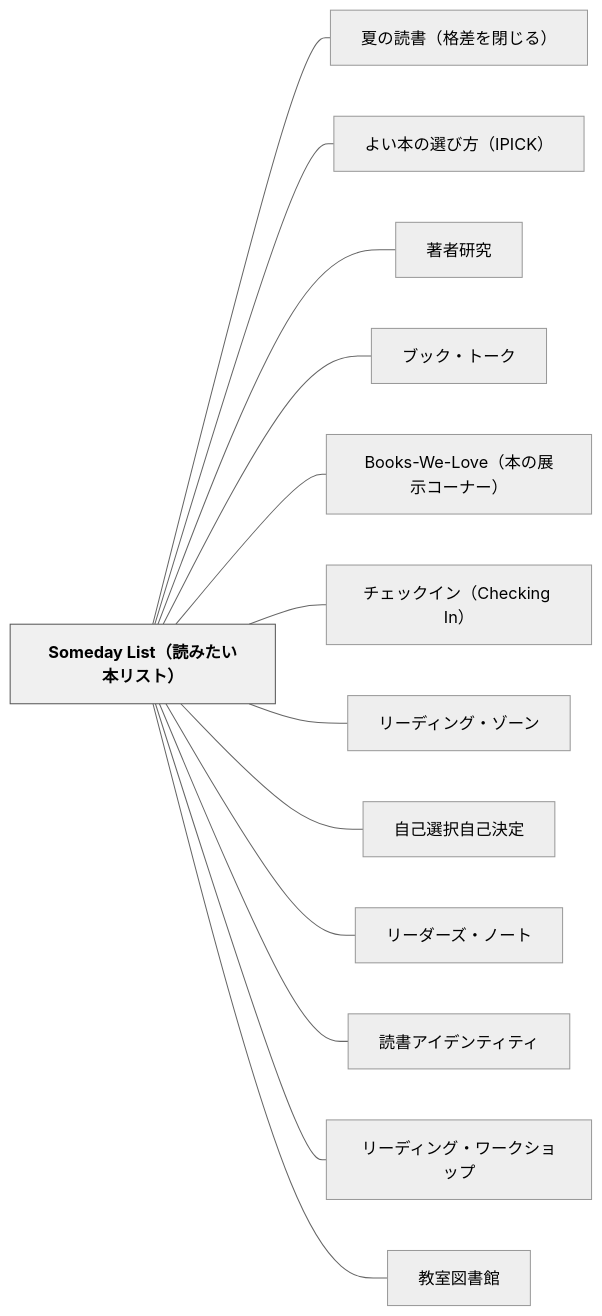
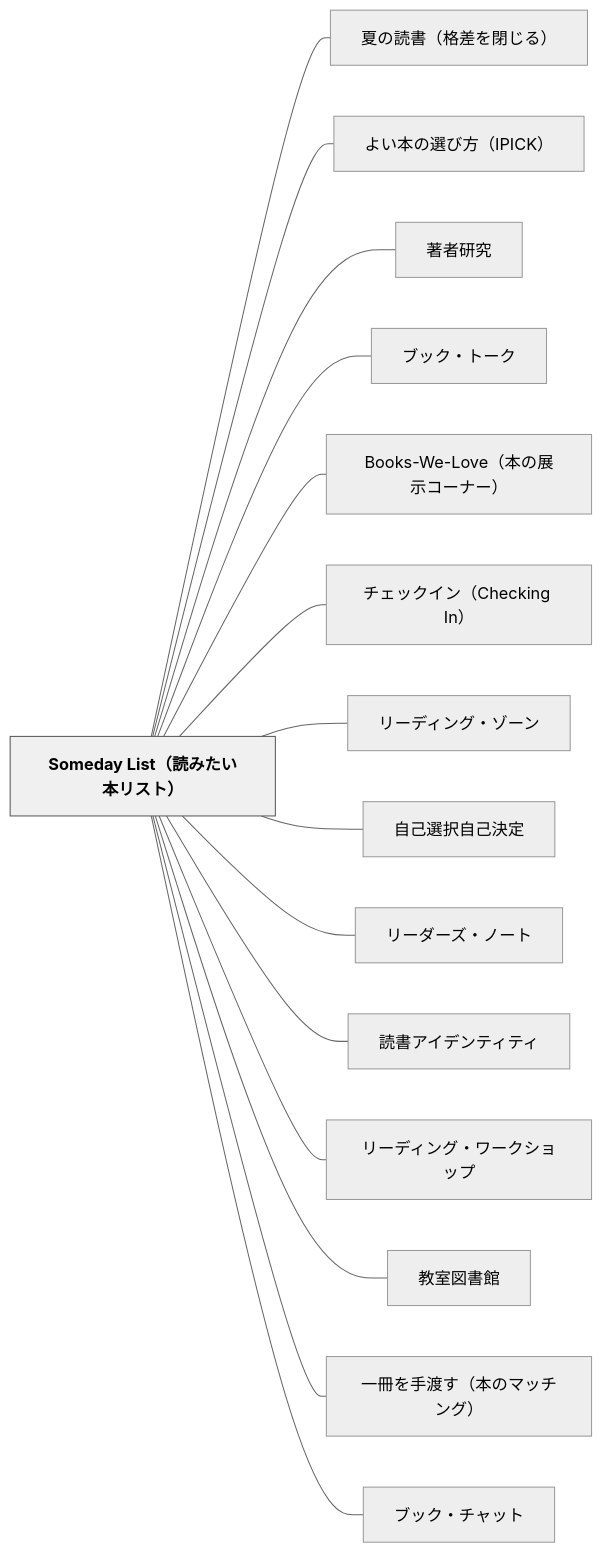
The diagram in content/パタン/Someday List（読みたい本リスト）.md (unknownthings-ed-patterns/unknownthings-ed-patterns), drawn with Mermaid (neutral theme) before and after one commit. The commit also changed other lines of this file and 15 other files, not shown here.

````diff
--- a/content/パタン/Someday List（読みたい本リスト）.md
+++ b/content/パタン/Someday List（読みたい本リスト）.md
@@ -108,32 +110,36 @@
 ```mermaid
 flowchart LR
     n536f6d65646179204c697374efbc88e8aaade381bfe3819fe38184e69cace383aae382b9e38388efbc89["Someday List（読みたい本リスト）"]
     ne5a48fe381aee8aaade69bb8efbc88e6a0bce5b7aee38292e99689e38198e3828befbc89["夏の読書（格差を閉じる）"]
     ne38288e38184e69cace381aee981b8e381b3e696b9efbc88495049434befbc89["よい本の選び方（IPICK）"]
     ne89197e88085e7a094e7a9b6["著者研究"]
     ne38396e38383e382afe383bbe38388e383bce382af["ブック・トーク"]
     n426f6f6b732d57652d4c6f7665efbc88e69cace381aee5b195e7a4bae382b3e383bce3838ae383bcefbc89["Books-We-Love（本の展示コーナー）"]
     ne38381e382a7e38383e382afe382a4e383b3efbc88436865636b696e6720496eefbc89["チェックイン（Checking In）"]
     ne383aae383bce38387e382a3e383b3e382b0e383bbe382bee383bce383b3["リーディング・ゾーン"]
     ne887aae5b7b1e981b8e68a9ee887aae5b7b1e6b1bae5ae9a["自己選択自己決定"]
     ne383aae383bce38380e383bce382bae383bbe3838ee383bce38388["リーダーズ・ノート"]
     ne8aaade69bb8e382a2e382a4e38387e383b3e38386e382a3e38386e382a3["読書アイデンティティ"]
     ne383aae383bce38387e382a3e383b3e382b0e383bbe383afe383bce382afe382b7e383a7e38383e38397["リーディング・ワークショップ"]
     ne69599e5aea4e59bb3e69bb8e9a4a8["教室図書館"]
+    ne4b880e5868ae38292e6898be6b8a1e38199efbc88e69cace381aee3839ee38383e38381e383b3e382b0efbc89["一冊を手渡す（本のマッチング）"]
+    ne38396e38383e382afe383bbe38381e383a3e38383e38388["ブック・チャット"]
 
     n536f6d65646179204c697374efbc88e8aaade381bfe3819fe38184e69cace383aae382b9e38388efbc89 --- ne5a48fe381aee8aaade69bb8efbc88e6a0bce5b7aee38292e99689e38198e3828befbc89
     n536f6d65646179204c697374efbc88e8aaade381bfe3819fe38184e69cace383aae382b9e38388efbc89 --- ne38288e38184e69cace381aee981b8e381b3e696b9efbc88495049434befbc89
     n536f6d65646179204c697374efbc88e8aaade381bfe3819fe38184e69cace383aae382b9e38388efbc89 --- ne89197e88085e7a094e7a9b6
     n536f6d65646179204c697374efbc88e8aaade381bfe3819fe38184e69cace383aae382b9e38388efbc89 --- ne38396e38383e382afe383bbe38388e383bce382af
     n536f6d65646179204c697374efbc88e8aaade381bfe3819fe38184e69cace383aae382b9e38388efbc89 --- n426f6f6b732d57652d4c6f7665efbc88e69cace381aee5b195e7a4bae382b3e383bce3838ae383bcefbc89
     n536f6d65646179204c697374efbc88e8aaade381bfe3819fe38184e69cace383aae382b9e38388efbc89 --- ne38381e382a7e38383e382afe382a4e383b3efbc88436865636b696e6720496eefbc89
     n536f6d65646179204c697374efbc88e8aaade381bfe3819fe38184e69cace383aae382b9e38388efbc89 --- ne383aae383bce38387e382a3e383b3e382b0e383bbe382bee383bce383b3
     n536f6d65646179204c697374efbc88e8aaade381bfe3819fe38184e69cace383aae382b9e38388efbc89 --- ne887aae5b7b1e981b8e68a9ee887aae5b7b1e6b1bae5ae9a
     n536f6d65646179204c697374efbc88e8aaade381bfe3819fe38184e69cace383aae382b9e38388efbc89 --- ne383aae383bce38380e383bce382bae383bbe3838ee383bce38388
     n536f6d65646179204c697374efbc88e8aaade381bfe3819fe38184e69cace383aae382b9e38388efbc89 --- ne8aaade69bb8e382a2e382a4e38387e383b3e38386e382a3e38386e382a3
     n536f6d65646179204c697374efbc88e8aaade381bfe3819fe38184e69cace383aae382b9e38388efbc89 --- ne383aae383bce38387e382a3e383b3e382b0e383bbe383afe383bce382afe382b7e383a7e38383e38397
     n536f6d65646179204c697374efbc88e8aaade381bfe3819fe38184e69cace383aae382b9e38388efbc89 --- ne69599e5aea4e59bb3e69bb8e9a4a8
+    n536f6d65646179204c697374efbc88e8aaade381bfe3819fe38184e69cace383aae382b9e38388efbc89 --- ne4b880e5868ae38292e6898be6b8a1e38199efbc88e69cace381aee3839ee38383e38381e383b3e382b0efbc89
+    n536f6d65646179204c697374efbc88e8aaade381bfe3819fe38184e69cace383aae382b9e38388efbc89 --- ne38396e38383e382afe383bbe38381e383a3e38383e38388
 
     classDef hub fill:#f0f0f0,stroke:#555,color:#000,font-weight:bold
     class n536f6d65646179204c697374efbc88e8aaade381bfe3819fe38184e69cace383aae382b9e38388efbc89 hub
 ```
````
